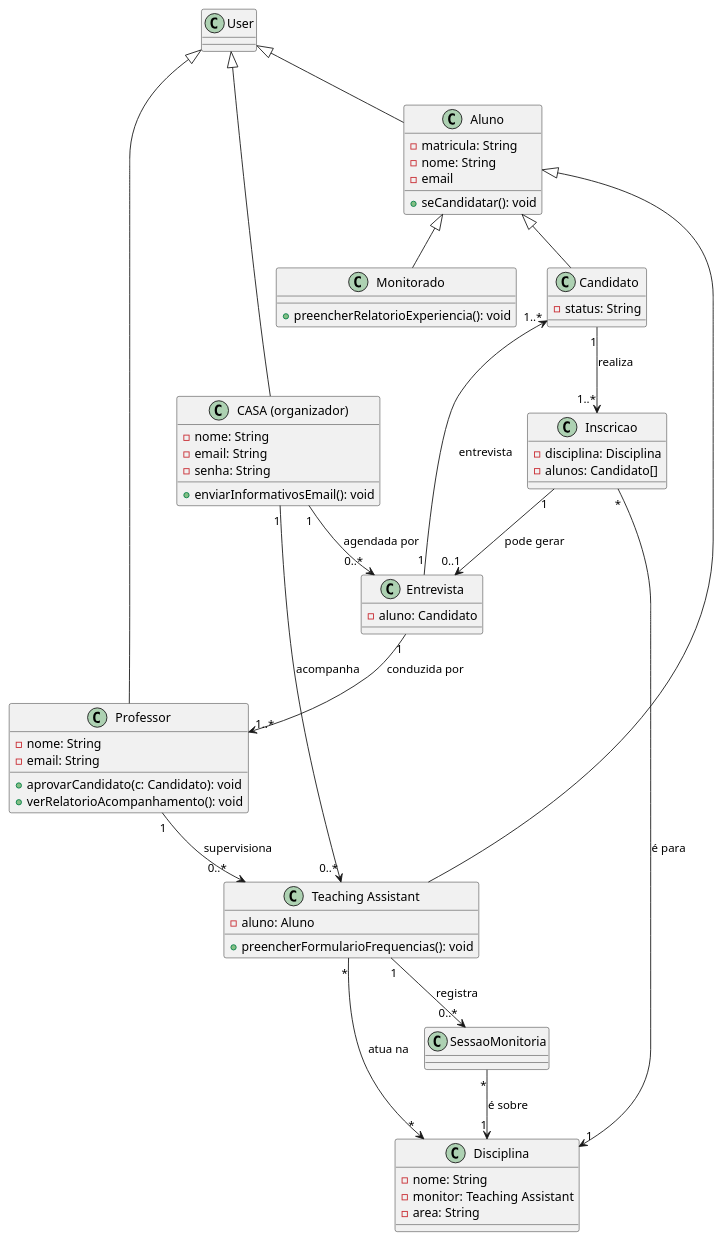
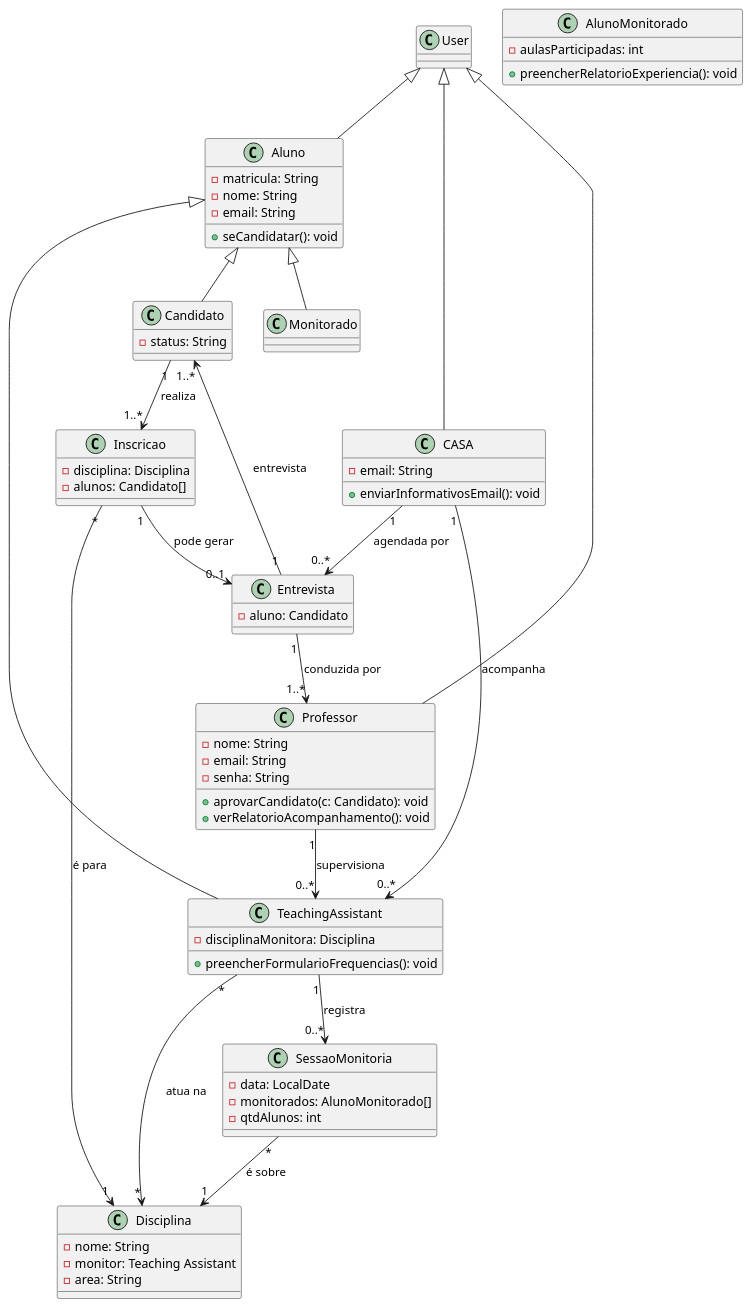
One commit to Projetos-de-Extensao/PBE_25.2_8004_Pioneiros changed the diagram in docs/Elaboracao/diagramaDeClasses.puml. Above: the diagram before and after it, drawn with PlantUML. The commit also changed 31 other files, not shown here.

```diff
--- a/docs/Elaboracao/diagramaDeClasses.puml
+++ b/docs/Elaboracao/diagramaDeClasses.puml
@@ -1,78 +1,88 @@
 @startuml
 
 ' Definição das classes
 class User 
 class Aluno {
     - matricula: String
     - nome: String
-    - email
+    - email: String
 
     + seCandidatar(): void
 }
 class Professor {
     - nome: String
     - email: String
+    - senha: String
 
     + aprovarCandidato(c: Candidato): void
     + verRelatorioAcompanhamento(): void
 
 }
-class "CASA (organizador)" as CASA {
-    - nome: String
+class CASA {
     - email: String
-    - senha: String
     
     + enviarInformativosEmail(): void
 }
+
 class Candidato {
     - status: String
 }
-class Monitorado {
+class AlunoMonitorado {
+    - aulasParticipadas: int
+
     + preencherRelatorioExperiencia(): void
 }
-class "Teaching Assistant" as TA {
-    - aluno: Aluno
+
+class TeachingAssistant {
+    - disciplinaMonitora: Disciplina
+
     + preencherFormularioFrequencias(): void
 }
+
 class Disciplina {
     - nome: String
     - monitor: Teaching Assistant
     - area: String
 }
 class Inscricao {
     - disciplina: Disciplina
     - alunos: Candidato[]
 }
 class Entrevista {
     - aluno: Candidato
 }
-class SessaoMonitoria
+class SessaoMonitoria {
+    - data: LocalDate
+    - monitorados: AlunoMonitorado[]
+    - qtdAlunos: int
+
+}
 
 ' Relacionamentos de Herança (Generalização)
 ' Um Aluno, Professor e CASA são tipos de Usuário.
 User <|-down- Aluno
 User <|-down- Professor
 User <|-down- CASA
 
 ' Candidato, Monitor e TA são papéis/especializações de um Aluno.
 Aluno <|-down- Candidato
 Aluno <|-down- Monitorado
-Aluno <|-down- TA
+Aluno <|-down- TeachingAssistant
 
 ' Relacionamentos de Associação com Multiplicidade
 ' O fluxo de inscrição e entrevista
 Candidato "1" --> "1..*" Inscricao : realiza
 Inscricao "*" --> "1" Disciplina : é para
 Inscricao "1" --> "0..1" Entrevista : pode gerar
 Entrevista "1" --> "1..*" Candidato : entrevista
 Entrevista "1" --> "1..*" Professor : conduzida por
 CASA "1" --> "0..*" Entrevista : agendada por
 
 ' O fluxo de monitoria e acompanhamento
-TA "*" --> "*" Disciplina : atua na
-TA "1" --> "0..*" SessaoMonitoria : registra
+TeachingAssistant "*" --> "*" Disciplina : atua na
+TeachingAssistant "1" --> "0..*" SessaoMonitoria : registra
 SessaoMonitoria "*" --> "1" Disciplina : é sobre
-Professor "1" --> "0..*" TA : supervisiona
-CASA "1" --> "0..*" TA : acompanha
+Professor "1" --> "0..*" TeachingAssistant : supervisiona
+CASA "1" --> "0..*" TeachingAssistant : acompanha
 
 @enduml
```
